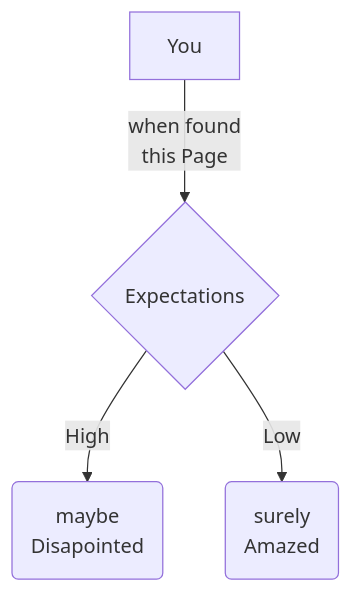
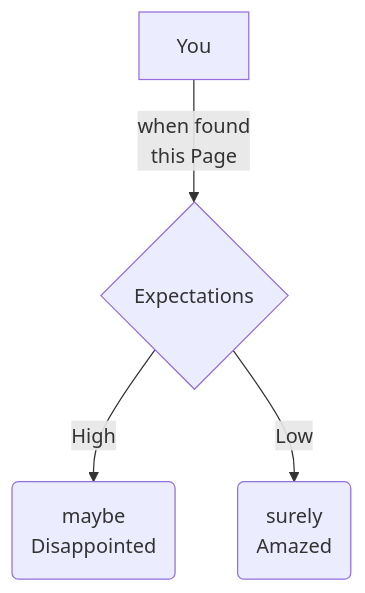
The diagram in docs/index.md (Mauwii/django_devops), drawn with Mermaid before and after one commit. The commit also changed other lines of this file and 8 other files, not shown here.

````diff
--- a/docs/index.md
+++ b/docs/index.md
@@ -26,6 +27,6 @@
 ``` mermaid
 graph TD
   You[You] -->|when found<br>this Page| expectation{Expectations}
-  expectation{Expectations} -->|High| Disapointed(maybe<br>Disapointed)
+  expectation{Expectations} -->|High| Disappointed(maybe<br>Disappointed)
   expectation{Expectations} -->|Low| Amazed(surely<br>Amazed)
 ```
````
